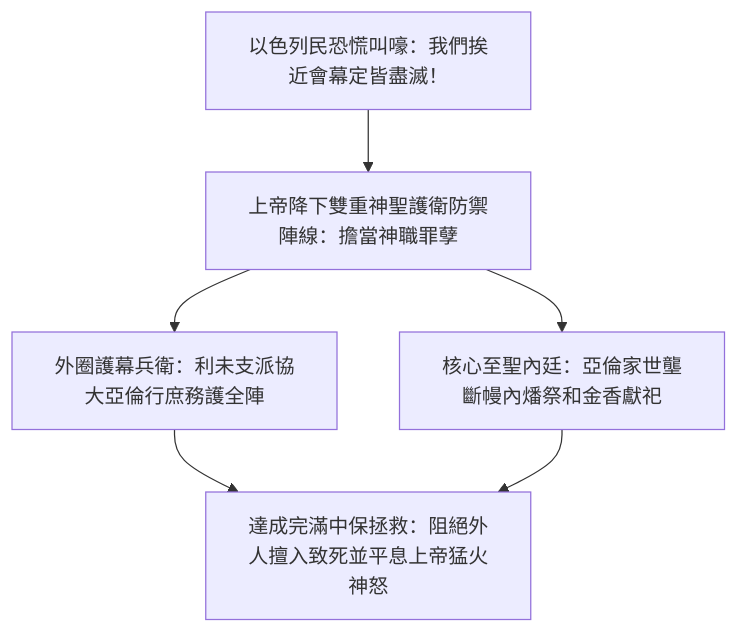
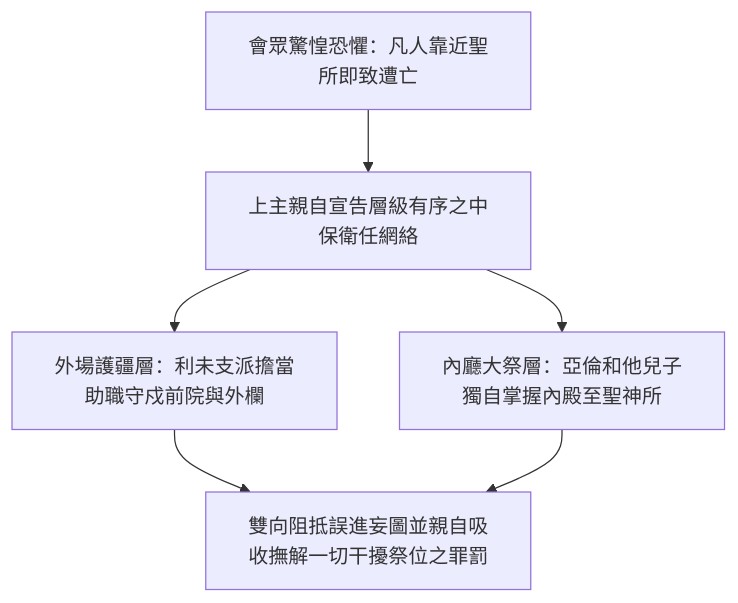
One commit to andyjr5566/Bible_wiki_zh changed the first of 4 diagrams in 04 民數記/第18章.md. Above: the diagram before and after it, drawn with Mermaid. The commit also changed other lines of this file and 23 other files, not shown here.

````diff
--- a/04 民數記/第18章.md
+++ b/04 民數記/第18章.md
@@ -73,7 +71,7 @@
 ```mermaid
 flowchart TD
-    A["以色列民恐慌叫嚎：我們挨近會幕定皆盡滅！"] --> B["上帝降下雙重神聖護衛防禦陣線：擔當神職罪孽"]
-    B --> C["外圈護幕兵衛：利未支派協大亞倫行庶務護全陣"]
-    B --> D["核心至聖內廷：亞倫家世壟斷幔內燔祭和金香獻祀"]
-    C & D --> E["達成完滿中保拯救：阻絕外人擅入致死並平息上帝猛火神怒"]
+    A["會眾驚惶恐懼：凡人靠近聖所即致遭亡"] --> B["上主親自宣告層級有序之中保衛任網絡"]
+    B --> C["外場護疆層：利未支派擔當助職守戍前院與外欄"]
+    B --> D["內廳大祭層：亞倫和他兒子獨自掌握內殿至聖神所"]
+    C & D --> E["雙向阻抵誤進妄圖並親自吸收撫解一切干擾祭位之罪罰"]
 ```
````
